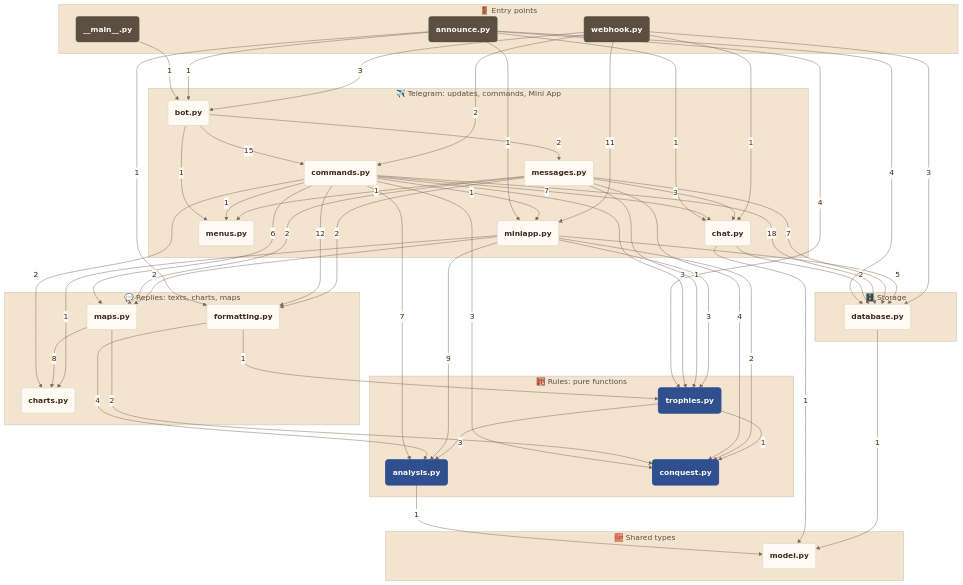
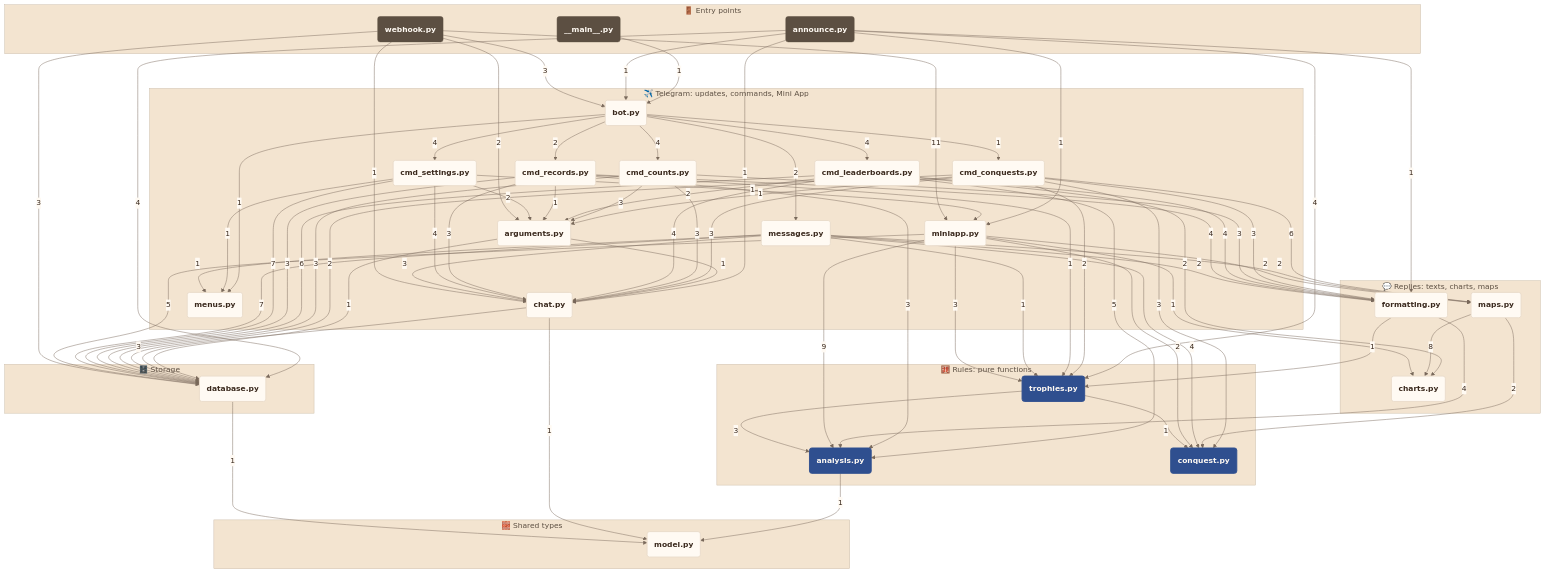
Before and after one commit to francescoperrino/Caccometro: the third of 8 diagrams in docs/architecture.md, drawn with Mermaid. The commit also changed other lines of this file and 30 other files, not shown here.

````diff
--- a/docs/architecture.md
+++ b/docs/architecture.md
@@ -240,7 +245,12 @@
     end
     subgraph telegram["✈️ Telegram: updates, commands, Mini App"]
         bot("<b>bot.py</b>")
-        commands("<b>commands.py</b>")
+        cmd_leaderboards("<b>cmd_leaderboards.py</b>")
+        cmd_records("<b>cmd_records.py</b>")
+        cmd_counts("<b>cmd_counts.py</b>")
+        cmd_conquests("<b>cmd_conquests.py</b>")
+        cmd_settings("<b>cmd_settings.py</b>")
+        arguments("<b>arguments.py</b>")
         messages("<b>messages.py</b>")
         chat("<b>chat.py</b>")
         menus("<b>menus.py</b>")
@@ -270,21 +280,45 @@
     announce -->|"1"| formatting
     announce -->|"1"| miniapp
     announce -->|"4"| trophies
-    bot -->|"15"| commands
+    arguments -->|"1"| chat
+    arguments -->|"1"| database
+    bot -->|"1"| cmd_conquests
+    bot -->|"4"| cmd_counts
+    bot -->|"4"| cmd_leaderboards
+    bot -->|"2"| cmd_records
+    bot -->|"4"| cmd_settings
     bot -->|"1"| menus
     bot -->|"2"| messages
-    chat -->|"2"| database
+    chat -->|"3"| database
     chat -->|"1"| model
-    commands -->|"7"| analysis
-    commands -->|"2"| charts
-    commands -->|"7"| chat
-    commands -->|"3"| conquest
-    commands -->|"18"| database
-    commands -->|"12"| formatting
-    commands -->|"6"| maps
-    commands -->|"1"| menus
-    commands -->|"1"| miniapp
-    commands -->|"3"| trophies
+    cmd_conquests -->|"1"| arguments
+    cmd_conquests -->|"3"| chat
+    cmd_conquests -->|"3"| conquest
+    cmd_conquests -->|"2"| database
+    cmd_conquests -->|"3"| formatting
+    cmd_conquests -->|"6"| maps
+    cmd_conquests -->|"2"| trophies
+    cmd_counts -->|"3"| arguments
+    cmd_counts -->|"3"| chat
+    cmd_counts -->|"3"| database
+    cmd_counts -->|"3"| formatting
+    cmd_leaderboards -->|"5"| analysis
+    cmd_leaderboards -->|"2"| arguments
+    cmd_leaderboards -->|"2"| charts
+    cmd_leaderboards -->|"4"| chat
+    cmd_leaderboards -->|"6"| database
+    cmd_leaderboards -->|"4"| formatting
+    cmd_records -->|"3"| analysis
+    cmd_records -->|"1"| arguments
+    cmd_records -->|"3"| chat
+    cmd_records -->|"3"| database
+    cmd_records -->|"4"| formatting
+    cmd_records -->|"1"| trophies
+    cmd_settings -->|"2"| arguments
+    cmd_settings -->|"4"| chat
+    cmd_settings -->|"7"| database
+    cmd_settings -->|"1"| menus
+    cmd_settings -->|"1"| miniapp
     database -->|"1"| model
     formatting -->|"4"| analysis
     formatting -->|"1"| trophies
@@ -305,15 +339,15 @@
     miniapp -->|"3"| trophies
     trophies -->|"3"| analysis
     trophies -->|"1"| conquest
+    webhook -->|"2"| arguments
     webhook -->|"3"| bot
     webhook -->|"1"| chat
-    webhook -->|"2"| commands
     webhook -->|"3"| database
     webhook -->|"11"| miniapp
     classDef step fill:#fffaf3,stroke:#eadccb,stroke-width:2px,color:#3b2a1e
     classDef main fill:#2f4f8f,stroke:#2f4f8f,color:#fffaf3
     classDef person fill:#5c4f42,stroke:#5c4f42,color:#fffaf3
     class __main__,webhook,announce person
-    class bot,commands,messages,chat,menus,miniapp,formatting,charts,maps,analysis,trophies,conquest,database,model step
+    class bot,cmd_leaderboards,cmd_records,cmd_counts,cmd_conquests,cmd_settings,arguments,messages,chat,menus,miniapp,formatting,charts,maps,analysis,trophies,conquest,database,model step
     class analysis,trophies,conquest main
 ```
````
